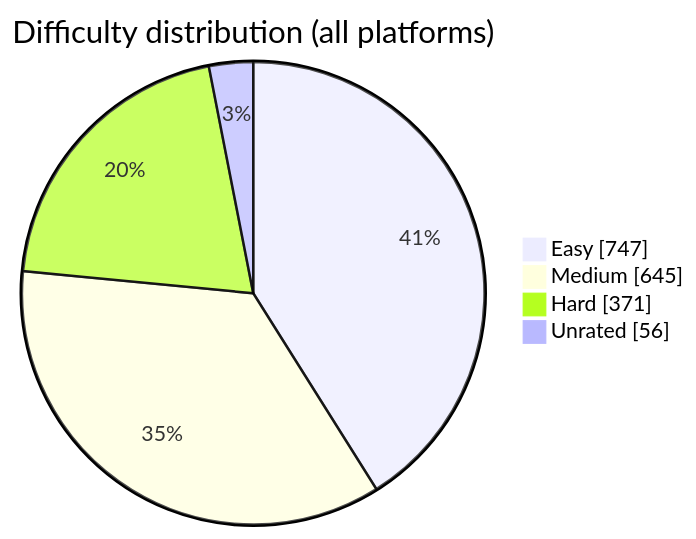
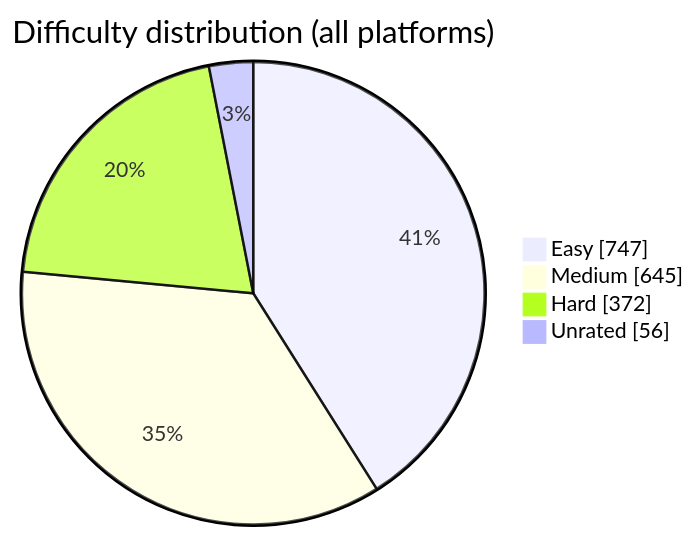
Before and after one commit to BuildbyArindam/Daily-Coding-Log: the diagram in README.md, drawn with Mermaid. The commit also changed other lines of this file, not shown here.

````diff
--- a/README.md
+++ b/README.md
@@ -108,7 +108,7 @@
 ```mermaid
 pie showData title Difficulty distribution (all platforms)
     "Easy" : 747
     "Medium" : 645
-    "Hard" : 371
+    "Hard" : 372
     "Unrated" : 56
 ```
````
